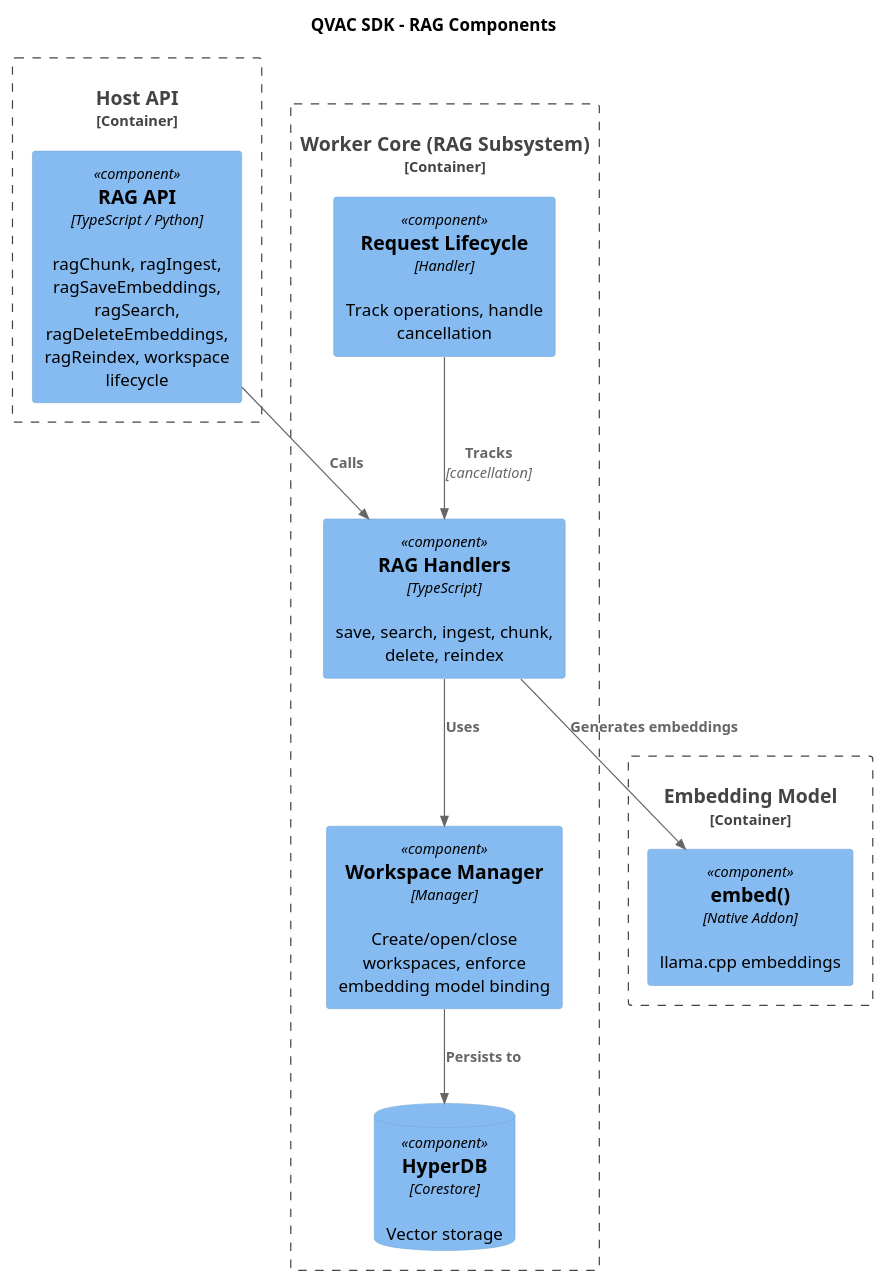
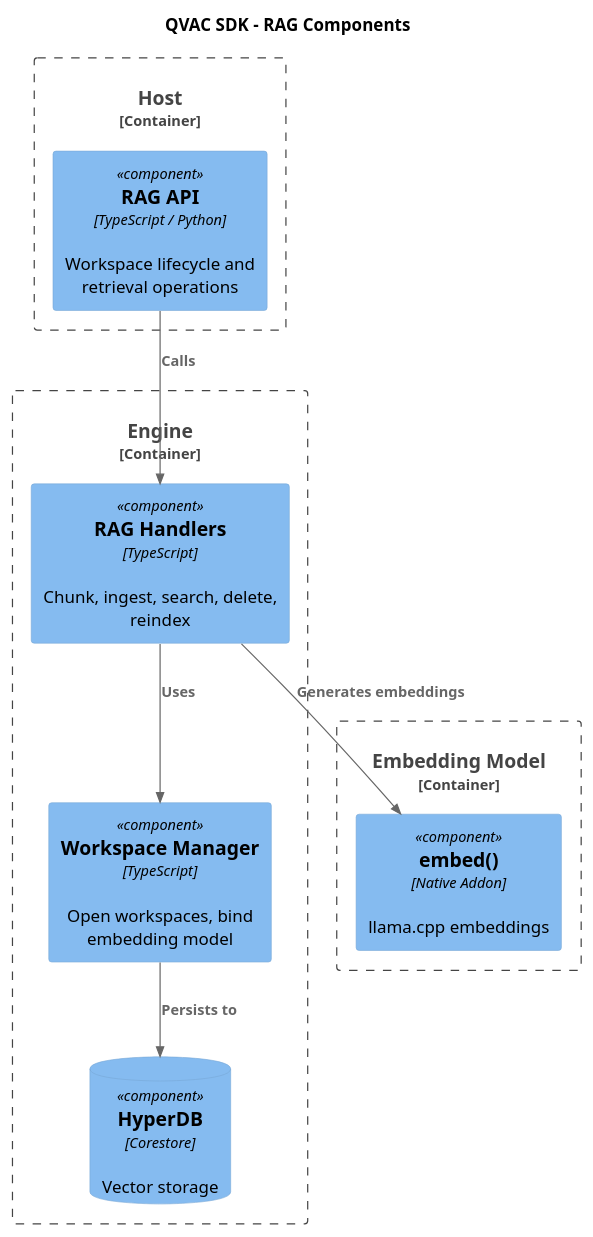
Before and after one commit to tetherto/qvac: the diagram in docs/architecture/puml/10-rag-components.puml, drawn with PlantUML. The commit also changed 20 other files, not shown here.

First line of the commit message:
doc[notask]: simplify SDK family architecture diagrams

```diff
--- a/docs/architecture/puml/10-rag-components.puml
+++ b/docs/architecture/puml/10-rag-components.puml
@@ -1,27 +1,25 @@
 @startuml
 !include <C4/C4_Component>
 
 title QVAC SDK - RAG Components
 
-Container_Boundary(client_api, "Host API") {
-    Component(rag_api, "RAG API", "TypeScript / Python", "ragChunk, ragIngest, ragSaveEmbeddings, ragSearch, ragDeleteEmbeddings, ragReindex, workspace lifecycle")
+Container_Boundary(host, "Host") {
+    Component(rag_api, "RAG API", "TypeScript / Python", "Workspace lifecycle and retrieval operations")
 }
 
-Container_Boundary(server_rag, "Worker Core (RAG Subsystem)") {
-    Component(handlers, "RAG Handlers", "TypeScript", "save, search, ingest, chunk, delete, reindex")
-    Component(op_mgr, "Request Lifecycle", "Handler", "Track operations, handle cancellation")
-    Component(ws_mgr, "Workspace Manager", "Manager", "Create/open/close workspaces, enforce embedding model binding")
+Container_Boundary(engine, "Engine") {
+    Component(handlers, "RAG Handlers", "TypeScript", "Chunk, ingest, search, delete, reindex")
+    Component(ws_mgr, "Workspace Manager", "TypeScript", "Open workspaces, bind embedding model")
     ComponentDb(hyperdb, "HyperDB", "Corestore", "Vector storage")
 }
 
 Container_Boundary(embed_model, "Embedding Model") {
     Component(embed, "embed()", "Native Addon", "llama.cpp embeddings")
 }
 
 Rel(rag_api, handlers, "Calls")
-Rel(op_mgr, handlers, "Tracks", "cancellation")
 Rel(handlers, ws_mgr, "Uses")
 Rel(ws_mgr, hyperdb, "Persists to")
 Rel(handlers, embed, "Generates embeddings")
 
 @enduml
```
